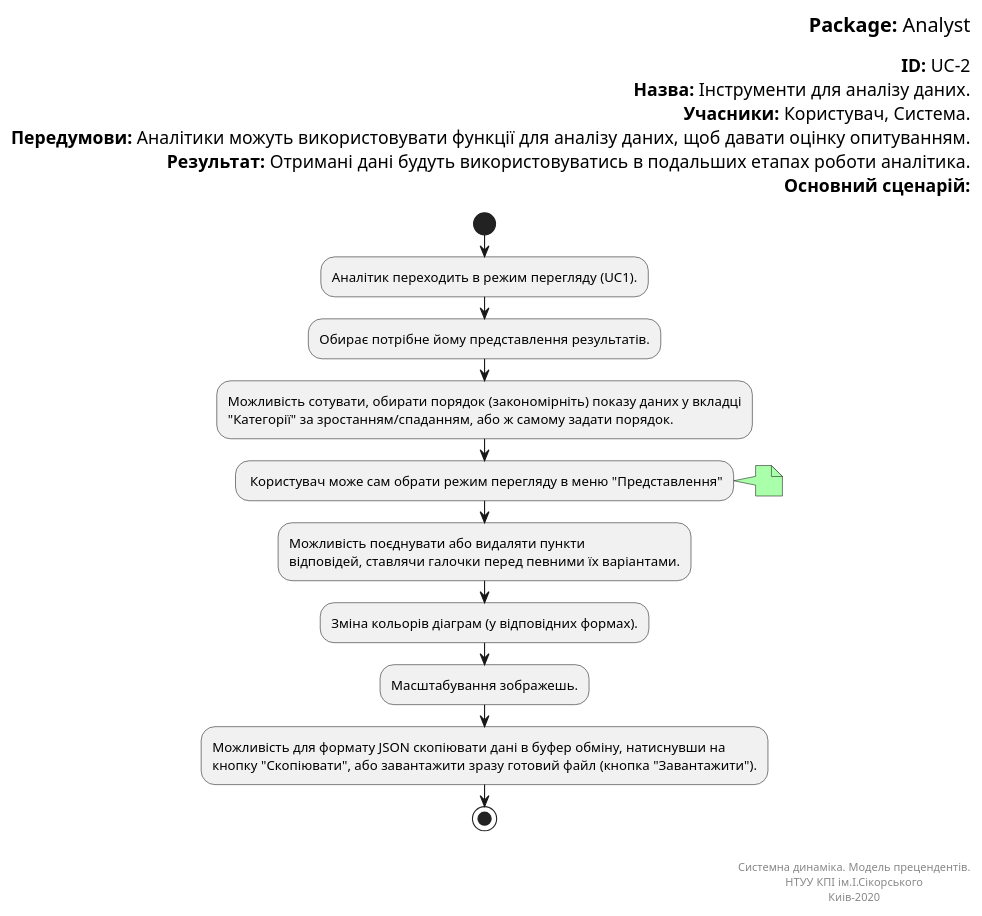
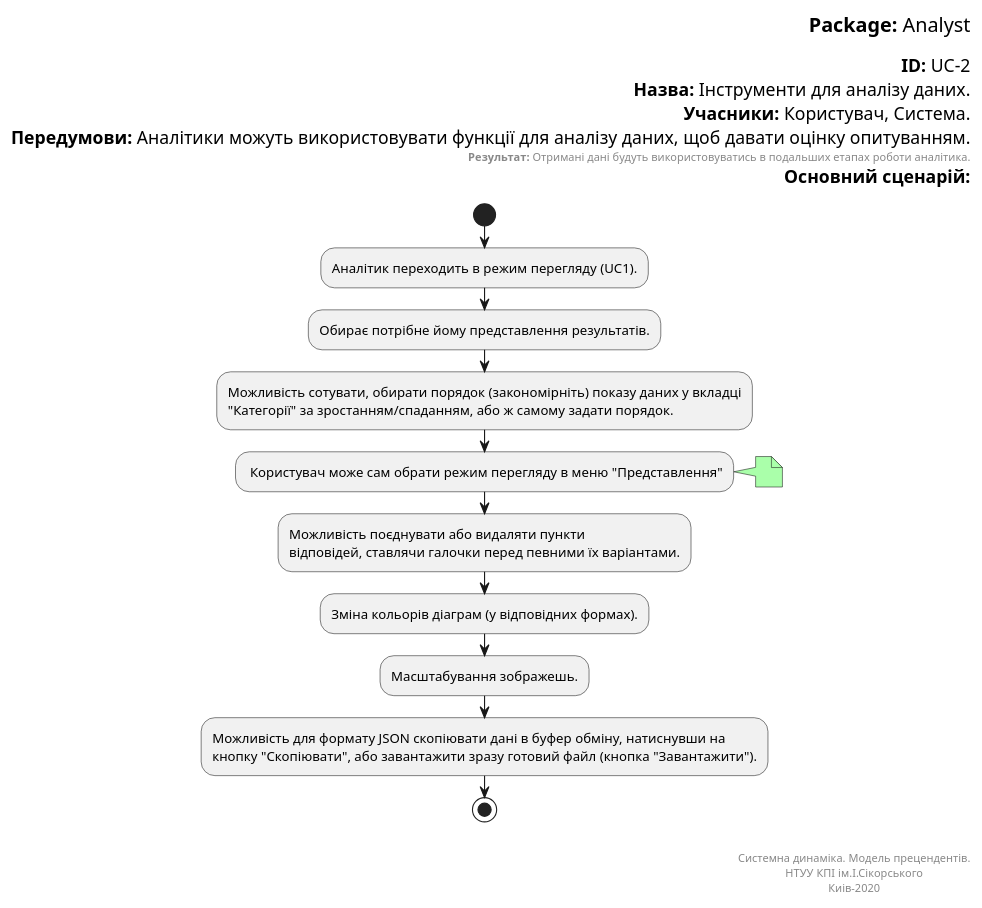
One commit to ip-85/System-Dynamics changed the diagram in Doc/UMLDiagrams/scenarios/analyst/Analysis Tools/diagramSRC/UML.pu. Above: the diagram before and after it, drawn with PlantUML. The commit also changed 8 other files, not shown here.

Commit message:
Amdin diagrams

```diff
--- a/Doc/UMLDiagrams/scenarios/analyst/Analysis Tools/diagramSRC/UML.pu
+++ b/Doc/UMLDiagrams/scenarios/analyst/Analysis Tools/diagramSRC/UML.pu
@@ -2,50 +2,50 @@
 @startuml userRegistration
 
 left header
 <font color=000 size=18><b>Package:</b> Analyst
 
 <font color=000 size=16><b>ID:</b> UC-2
 <font color=000 size=16><b>Назва:</b> Інструменти для аналізу даних.
 <font color=000 size=16><b>Учасники:</b> Користувач, Система.
 <font color=000 size=16><b>Передумови:</b> Аналітики можуть використовувати функції для аналізу даних, щоб давати оцінку опитуванням.
-<font color=000 size=16><b>Результат:</b> Отримані дані будуть використовуватись в подальших етапах роботи аналітика.
+<font color=0ф00 size=16><b>Результат:</b> Отримані дані будуть використовуватись в подальших етапах роботи аналітика.
 <font color=000 size=16><b>Основний сценарій:</b>
 
 end header
 
 |Користувач|
 start
 :Аналітик переходить в режим перегляду (UC1).;
 
 :Обирає потрібне йому представлення результатів.;
 
 :Можливість сотувати, обирати порядок (закономірніть) показу даних у вкладці 
 "Категорії" за зростанням/спаданням, або ж самому задати порядок.;
 
 |Користувач|
 
 : Користувач може сам обрати режим перегляду в меню "Представлення";
  note right #aaffaa
 
 end note
 
 :Можливість поєднувати або видаляти пункти 
 відповідей, ставлячи галочки перед певними їх варіантами.;
 
 :Зміна кольорів діаграм (у відповідних формах).;
 
 :Масштабування зображешь.;
 
 :Можливість для формату JSON скопіювати дані в буфер обміну, натиснувши на 
 кнопку "Скопіювати", або завантажити зразу готовий файл (кнопка "Завантажити").;
 stop;
 
 right footer
 
 
 Системна динаміка. Модель прецендентів.
 НТУУ КПІ ім.І.Сікорського
 Киів-2020
 end footer
 
 @enduml
```
